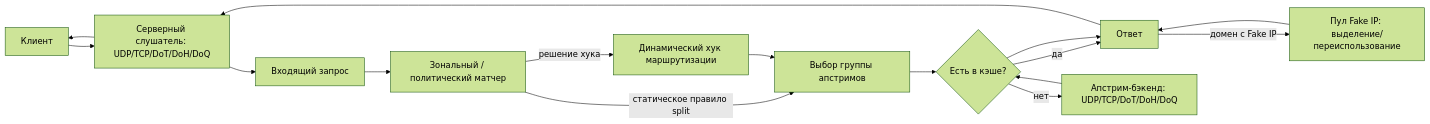
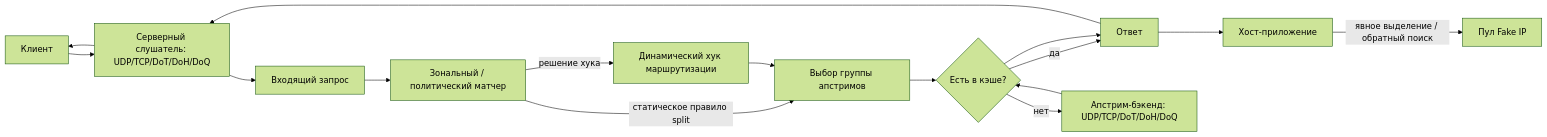
The first of 2 diagrams in ARCHITECTURE.ru.md (F000NKKK/dns-lattice), drawn with Mermaid (forest theme) before and after one commit. The commit also changed other lines of this file and 12 other files, not shown here.

````diff
--- a/ARCHITECTURE.ru.md
+++ b/ARCHITECTURE.ru.md
@@ -151,18 +150,18 @@
 ```mermaid
 flowchart LR
     Client[Клиент] --> Listener[Серверный слушатель: UDP/TCP/DoT/DoH/DoQ]
     Listener --> Query[Входящий запрос]
     Query --> Match[Зональный / политический матчер]
     Match -->|решение хука| Hook[Динамический хук маршрутизации]
     Match -->|статическое правило split| Route[Выбор группы апстримов]
     Hook --> Route
     Route --> Cache{Есть в кэше?}
     Cache -->|да| Answer[Ответ]
     Cache -->|нет| Upstream[Апстрим-бэкенд: UDP/TCP/DoT/DoH/DoQ]
     Upstream --> Cache
     Cache --> Answer
-    Answer -->|домен с Fake IP| FakeIP[Пул Fake IP: выделение/переиспользование]
-    FakeIP --> Answer
+    Answer --> Host[Хост-приложение]
+    Host -->|явное выделение / обратный поиск| FakeIP[Пул Fake IP]
     Answer --> Listener
     Listener --> Client
 ```
````
